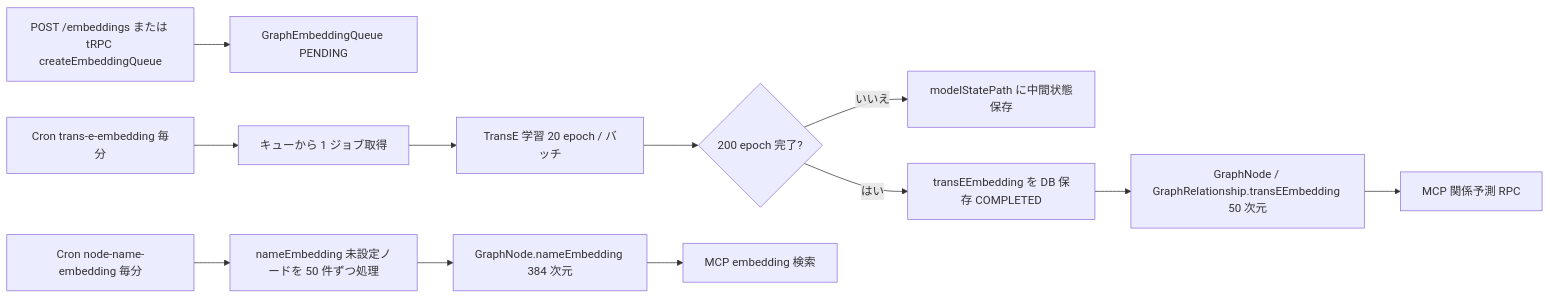
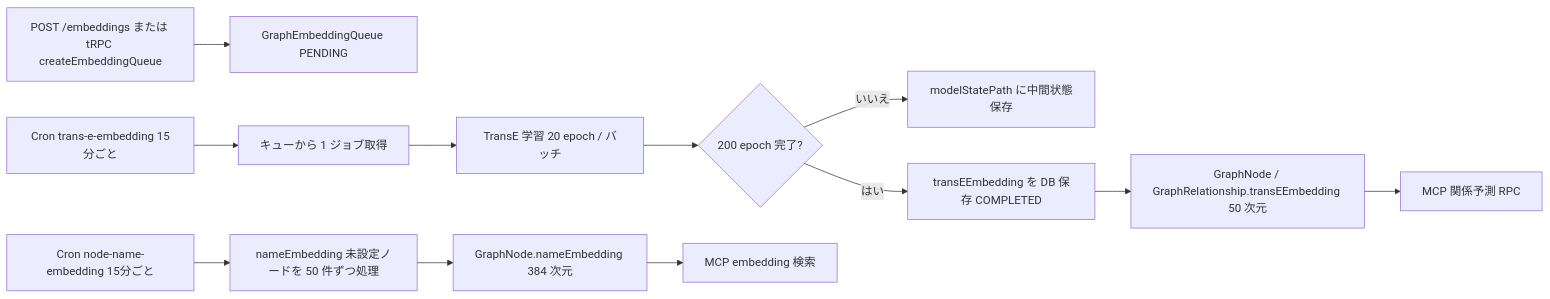
One commit to MatsunoHitoshi/ArsTraverse changed the diagram in docs/graph-embedding-pipeline.md. Above: the diagram before and after it, drawn with Mermaid. The commit also changed other lines of this file and 8 other files, not shown here.

````diff
--- a/docs/graph-embedding-pipeline.md
+++ b/docs/graph-embedding-pipeline.md
@@ -9,14 +9,14 @@
 ```mermaid
 flowchart LR
     A[POST /embeddings または tRPC createEmbeddingQueue] --> B[GraphEmbeddingQueue PENDING]
-    C[Cron node-name-embedding 毎分] --> D[nameEmbedding 未設定ノードを 50 件ずつ処理]
-    E[Cron trans-e-embedding 毎分] --> F[キューから 1 ジョブ取得]
+    C[Cron node-name-embedding 15分ごと] --> D[nameEmbedding 未設定ノードを 50 件ずつ処理]
+    E[Cron trans-e-embedding 15分ごと] --> F[キューから 1 ジョブ取得]
     F --> G[TransE 学習 20 epoch / バッチ]
     G --> H{200 epoch 完了?}
     H -->|いいえ| I[modelStatePath に中間状態保存]
     H -->|はい| J[transEEmbedding を DB 保存 COMPLETED]
     D --> K[GraphNode.nameEmbedding 384 次元]
     J --> L[GraphNode / GraphRelationship.transEEmbedding 50 次元]
     K --> M[MCP embedding 検索]
     L --> N[MCP 関係予測 RPC]
 ```
````
